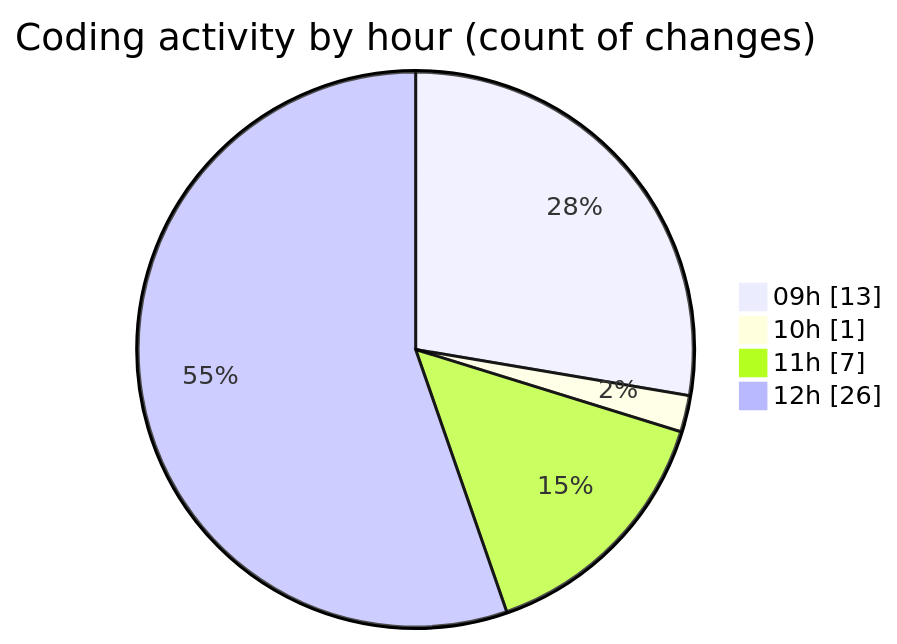
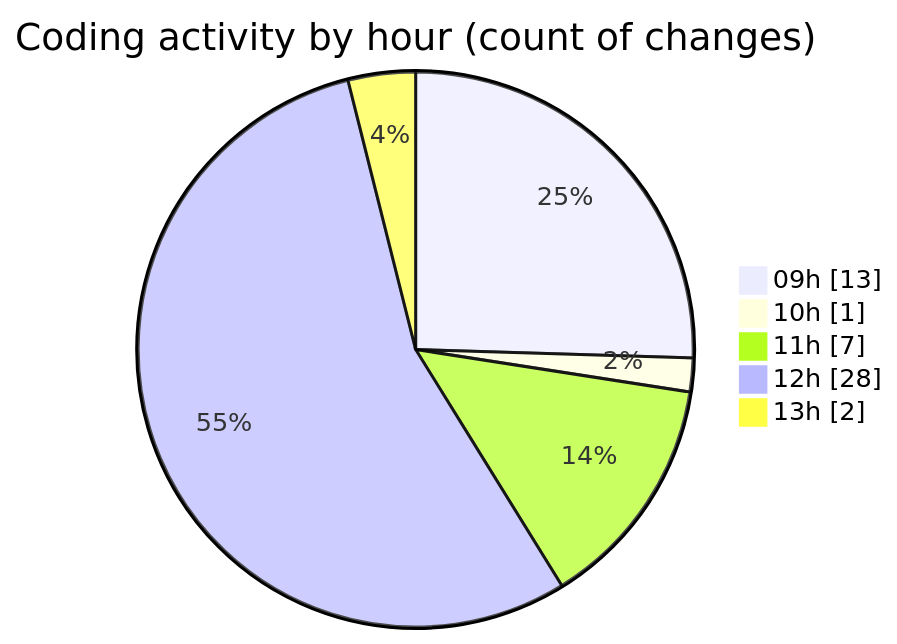
The second of 2 diagrams in 2025-05-12/cda/README.md (momahboobian/code-tracking), drawn with Mermaid before and after one commit. The commit also changed other lines of this file and 1 other file, not shown here.

````diff
--- a/2025-05-12/cda/README.md
+++ b/2025-05-12/cda/README.md
@@ -41,8 +41,9 @@
 ```mermaid
 pie showData
 title Coding activity by hour (count of changes)
 "09h" : 13
 "10h" : 1
 "11h" : 7
-"12h" : 26
+"12h" : 28
+"13h" : 2
 ```
````
